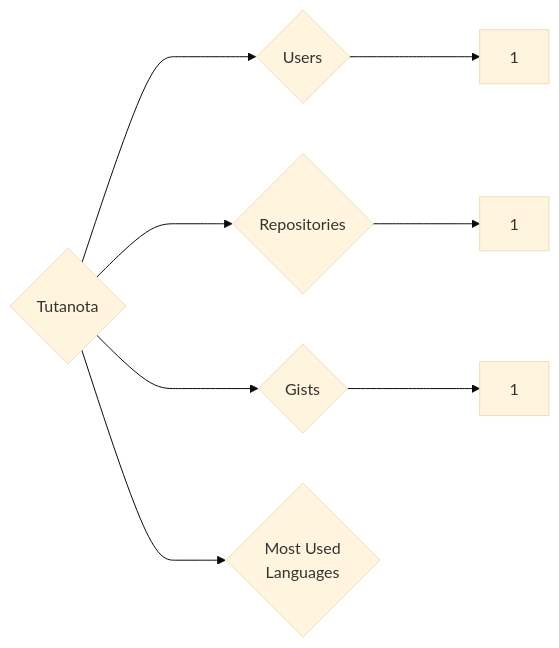
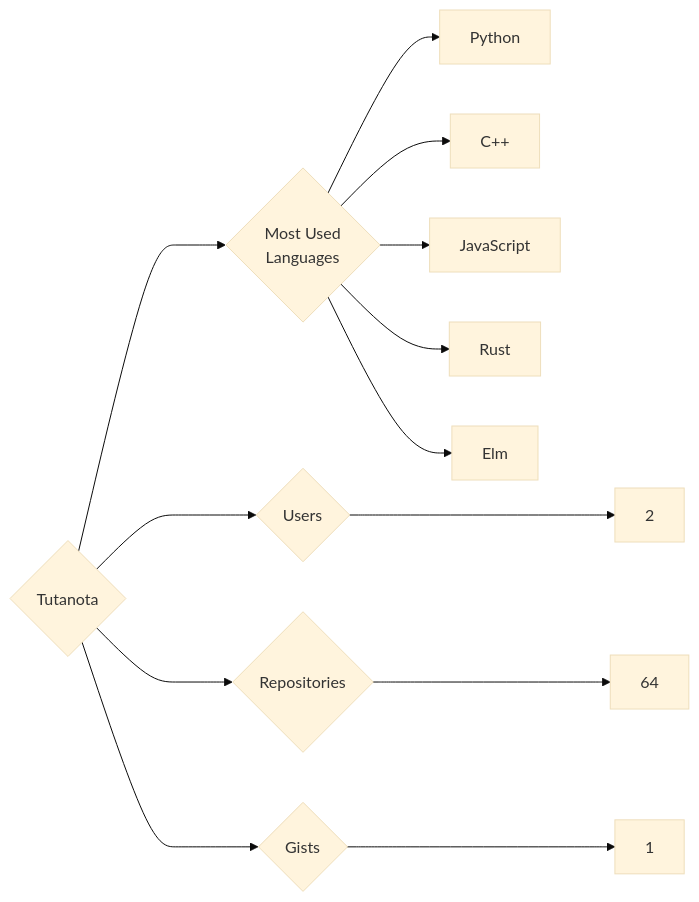
Before and after one commit to trickest/insiders: the diagram in targets/Tutanota/README.md, drawn with Mermaid (base theme). The commit also changed 895 other files, not shown here.

````diff
--- a/targets/Tutanota/README.md
+++ b/targets/Tutanota/README.md
@@ -3,8 +3,13 @@
 ```mermaid
 graph LR
 COMPANY_NAME{Tutanota}
-COMPANY_NAME ---> U{Users} ---> UN[1]
-COMPANY_NAME ---> R{Repositories} ---> RN[1]
+COMPANY_NAME ---> U{Users} ---> UN[2]
+COMPANY_NAME ---> R{Repositories} ---> RN[64]
 COMPANY_NAME ---> G{Gists} ---> GN[1]
 COMPANY_NAME ---> ML{Most Used<br>Languages}
+ML --> Python[Python]
+ML --> C++[C++]
+ML --> JavaScript[JavaScript]
+ML --> Rust[Rust]
+ML --> Elm[Elm]
 ```
````
